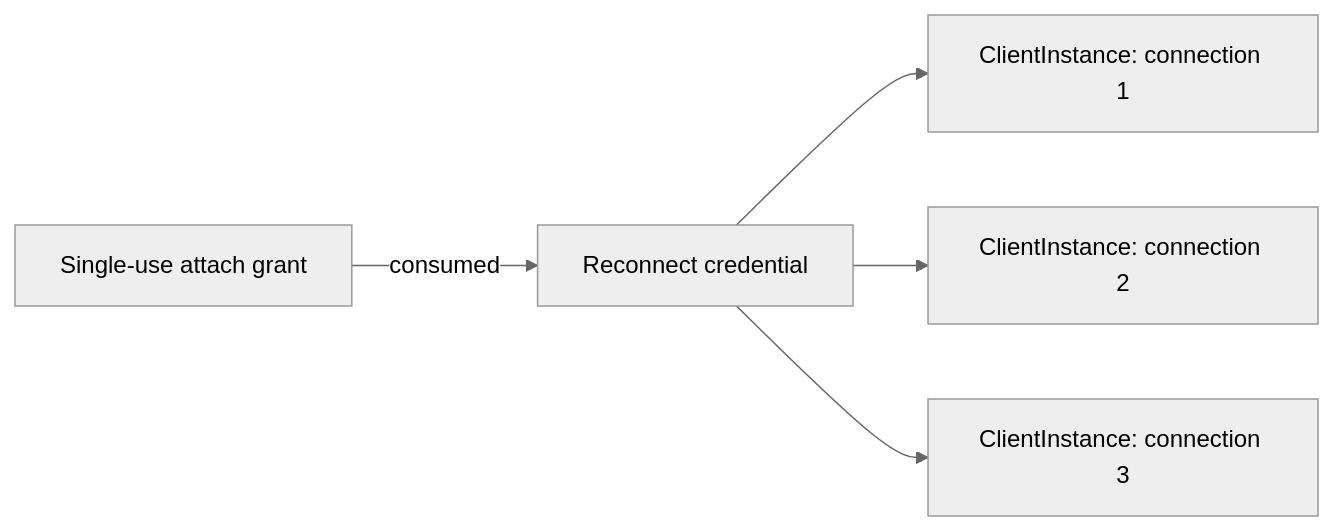
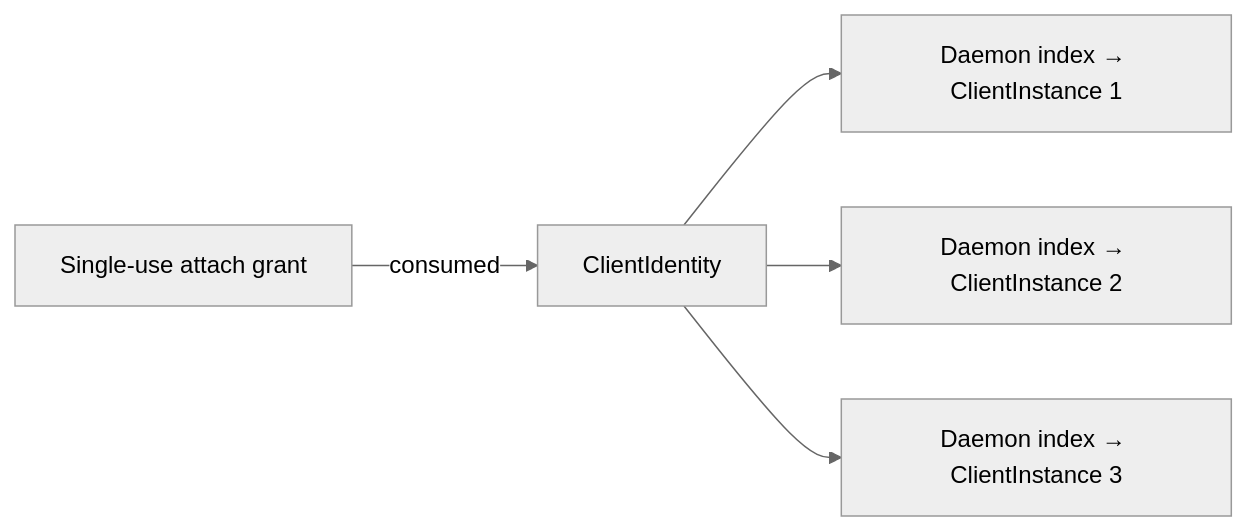
Before and after one commit to garindra/meja: the third of 8 diagrams in ARCHITECTURE.md, drawn with Mermaid (neutral theme). The commit also changed other lines of this file and 47 other files, not shown here.

Commit message:
Refactor client view ownership and reconnect projection lifecycle (#25)

````diff
--- a/ARCHITECTURE.md
+++ b/ARCHITECTURE.md
@@ -286,7 +286,7 @@
 ```mermaid
 flowchart LR
-    A["Single-use attach grant"] -->|"consumed"| R["Reconnect credential"]
-    R --> I1["ClientInstance: connection 1"]
-    R --> I2["ClientInstance: connection 2"]
-    R --> I3["ClientInstance: connection 3"]
+    A["Single-use attach grant"] -->|"consumed"| R["ClientIdentity"]
+    R --> I1["Daemon index → ClientInstance 1"]
+    R --> I2["Daemon index → ClientInstance 2"]
+    R --> I3["Daemon index → ClientInstance 3"]
 ```
````
